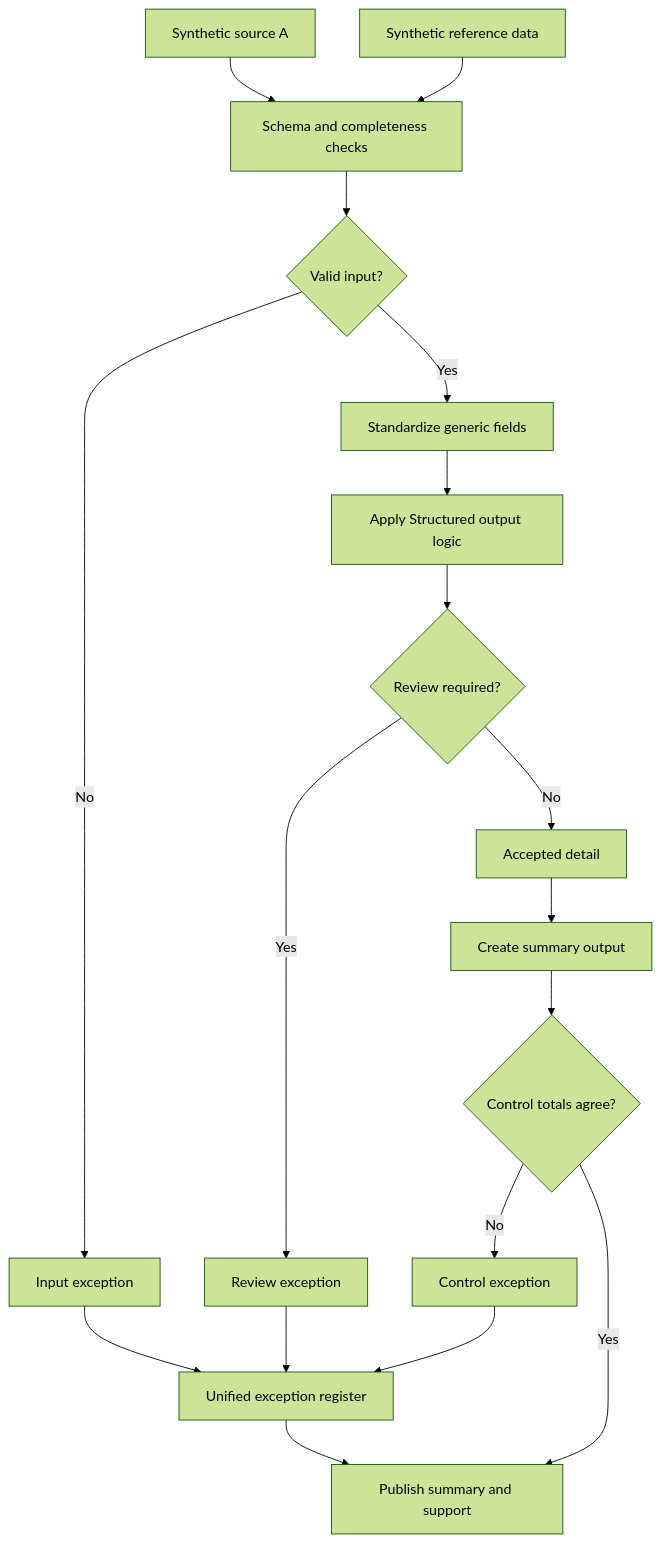
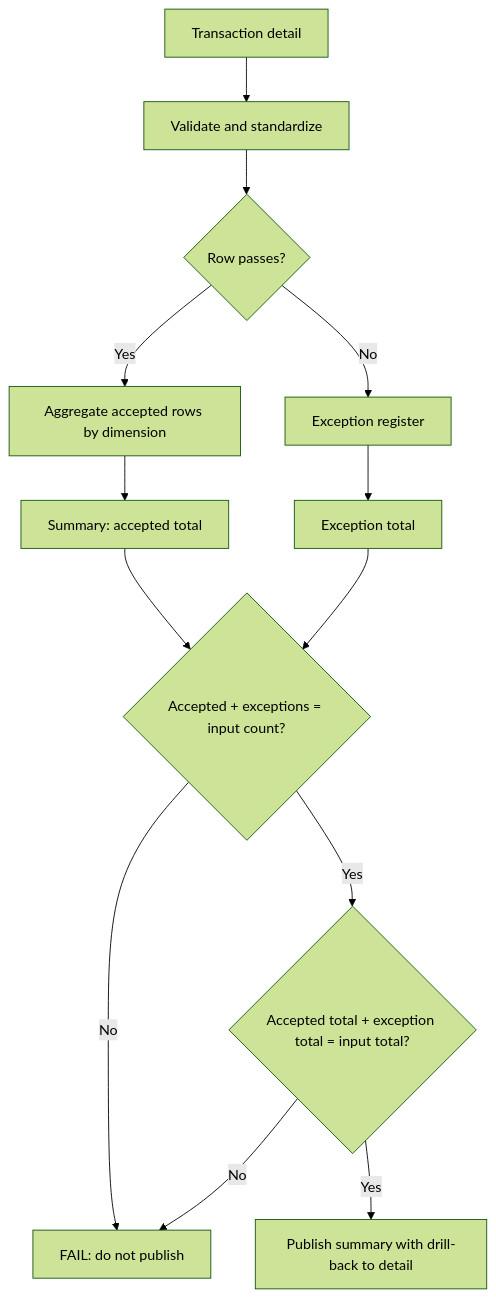
One commit to Erkzucr/automation-analytics-portfolio changed the diagram in case-studies/03-balanced-output-preparation/README.md. Above: the diagram before and after it, drawn with Mermaid (forest theme). The commit also changed 17 other files, not shown here.

````diff
--- a/case-studies/03-balanced-output-preparation/README.md
+++ b/case-studies/03-balanced-output-preparation/README.md
@@ -17,20 +17,15 @@
 ```mermaid
 flowchart TB
- A1[Synthetic source A] --> B[Schema and completeness checks]
- A2[Synthetic reference data] --> B
- B --> C{Valid input?}
- C -- No --> X1[Input exception]
- C -- Yes --> D[Standardize generic fields]
- D --> E[Apply Structured output logic]
- E --> F{Review required?}
- F -- Yes --> X2[Review exception]
- F -- No --> G[Accepted detail]
- G --> H[Create summary output]
- H --> I{Control totals agree?}
- I -- No --> X3[Control exception]
- I -- Yes --> J[Publish summary and support]
- X1 --> K[Unified exception register]
- X2 --> K
- X3 --> K
- K --> J
+ D[Transaction detail] --> V[Validate and standardize]
+ V --> SPLIT{Row passes?}
+ SPLIT -- No --> X[Exception register]
+ SPLIT -- Yes --> AGG[Aggregate accepted rows by dimension]
+ AGG --> S[Summary: accepted total]
+ X --> E[Exception total]
+ S --> T1{Accepted + exceptions = input count?}
+ E --> T1
+ T1 -- No --> F[FAIL: do not publish]
+ T1 -- Yes --> T2{Accepted total + exception total = input total?}
+ T2 -- No --> F
+ T2 -- Yes --> PUB[Publish summary with drill-back to detail]
 ```
````
